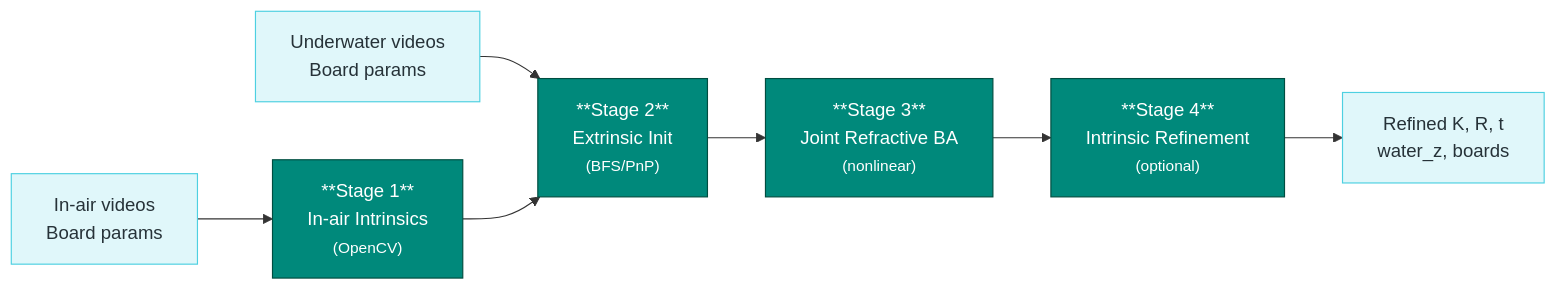
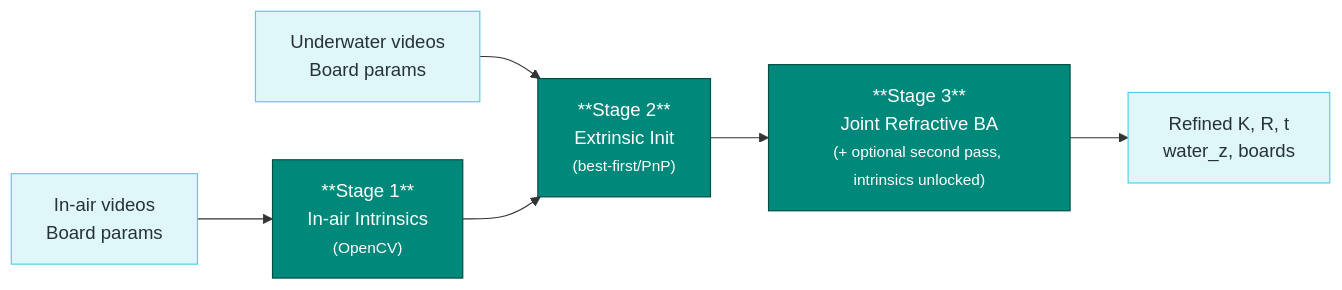
Before and after one commit to McGrathLab/AquaCal: the diagram in docs/guide/optimizer.md, drawn with Mermaid. The commit also changed other lines of this file, not shown here.

First line of the commit message:
docs(18-08): rewrite optimizer.md to the three-stage model and fix the loss formula

````diff
--- a/docs/guide/optimizer.md
+++ b/docs/guide/optimizer.md
@@ -9,20 +9,18 @@
 ```{mermaid}
 flowchart LR
     I1["In-air videos<br/>Board params"] --> S1
     I2["Underwater videos<br/>Board params"] --> S2
 
     S1["**Stage 1**<br/>In-air Intrinsics<br/><small>(OpenCV)</small>"]
-    S2["**Stage 2**<br/>Extrinsic Init<br/><small>(BFS/PnP)</small>"]
-    S3["**Stage 3**<br/>Joint Refractive BA<br/><small>(nonlinear)</small>"]
-    S4["**Stage 4**<br/>Intrinsic Refinement<br/><small>(optional)</small>"]
+    S2["**Stage 2**<br/>Extrinsic Init<br/><small>(best-first/PnP)</small>"]
+    S3["**Stage 3**<br/>Joint Refractive BA<br/><small>(+ optional second pass, intrinsics unlocked)</small>"]
 
     S1 --> S2
     S2 --> S3
-    S3 --> S4
-    S4 --> O["Refined K, R, t<br/>water_z, boards"]
+    S3 --> O["Refined K, R, t<br/>water_z, boards"]
 
     classDef stage fill:#00897B,stroke:#004D40,color:#fff
     classDef data fill:#E0F7FA,stroke:#4DD0E1,color:#263238
-    class S1,S2,S3,S4 stage
+    class S1,S2,S3 stage
     class I1,I2,O data
 ```
````
